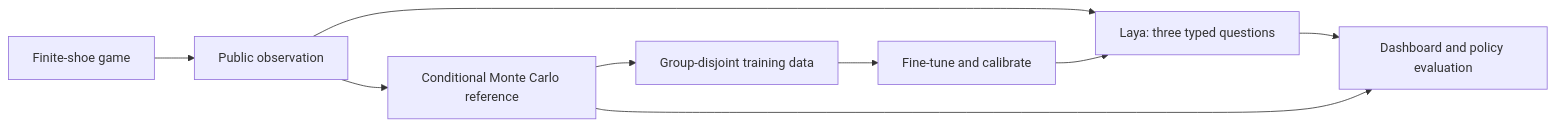
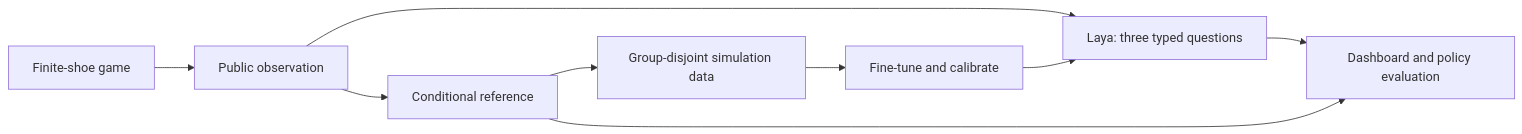
The diagram in README.md (adambloebaum/laya-blackjack), drawn with Mermaid before and after one commit. The commit also changed other lines of this file and 25 other files, not shown here.

````diff
--- a/README.md
+++ b/README.md
@@ -53,11 +58,11 @@
 ```mermaid
 flowchart LR
     G[Finite-shoe game] --> O[Public observation]
     O --> L[Laya: three typed questions]
-    O --> R[Conditional Monte Carlo reference]
+    O --> R[Conditional reference]
     L --> D[Dashboard and policy evaluation]
     R --> D
-    R --> T[Group-disjoint training data]
+    R --> T[Group-disjoint simulation data]
     T --> F[Fine-tune and calibrate]
     F --> L
 ```
````
